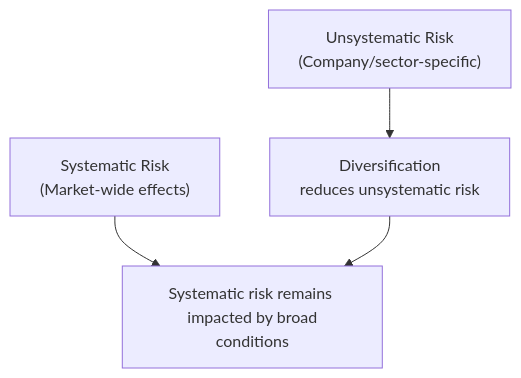
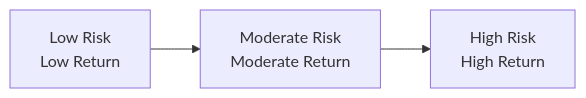
The diagram in content/ifc/8/1/index.md (MasteryEducation/SecuritiesExamsMastery.ca), drawn with Mermaid before and after one commit. The commit also changed other lines of this file and 130 other files, not shown here.

````diff
--- a/content/ifc/8/1/index.md
+++ b/content/ifc/8/1/index.md
@@ -105,11 +50,4 @@
 ```mermaid
-flowchart TB
-    A["Systematic Risk <br/> (Market-wide effects)"]
-    B["Unsystematic Risk <br/> (Company/sector-specific)"]
-    C["Diversification <br/> reduces unsystematic risk"]
-    D["Systematic risk remains <br/> impacted by broad conditions"]
-
-    A --> D
-    B --> C
-    C --> D
+graph LR
+    A["Low Risk <br/>Low Return"] --> B["Moderate Risk <br/>Moderate Return"] --> C["High Risk <br/>High Return"]
 ```
````
